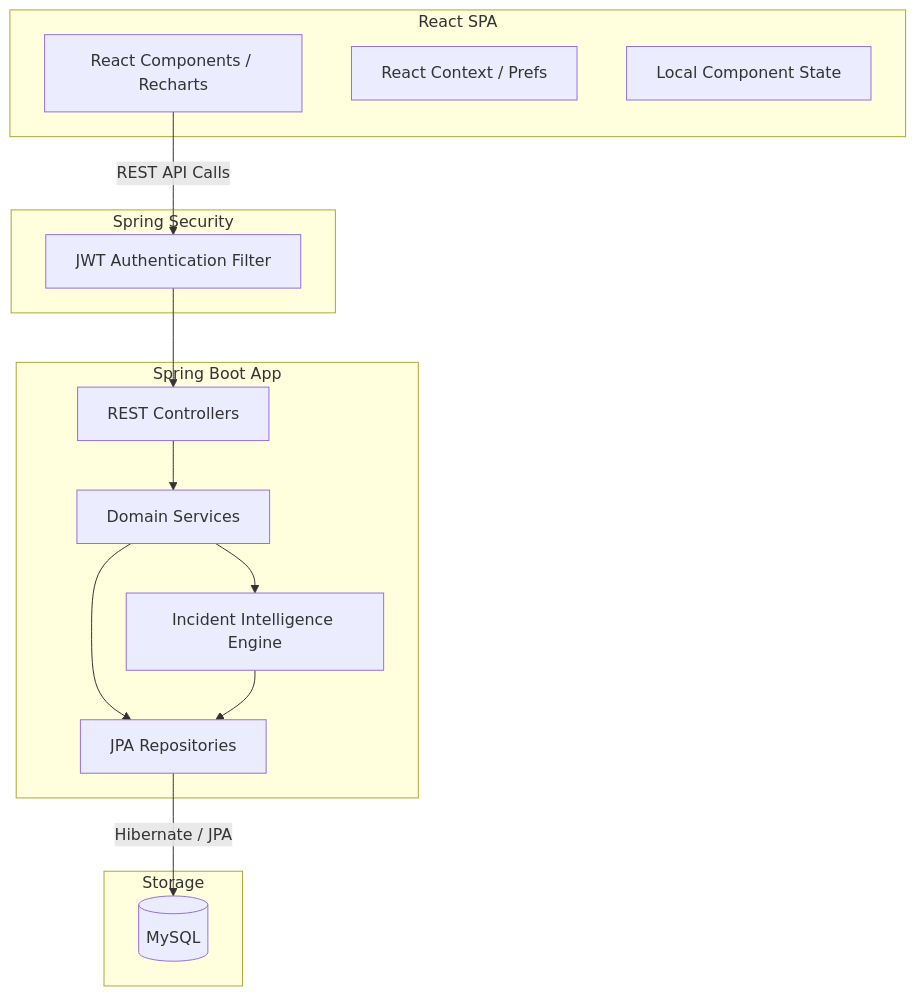
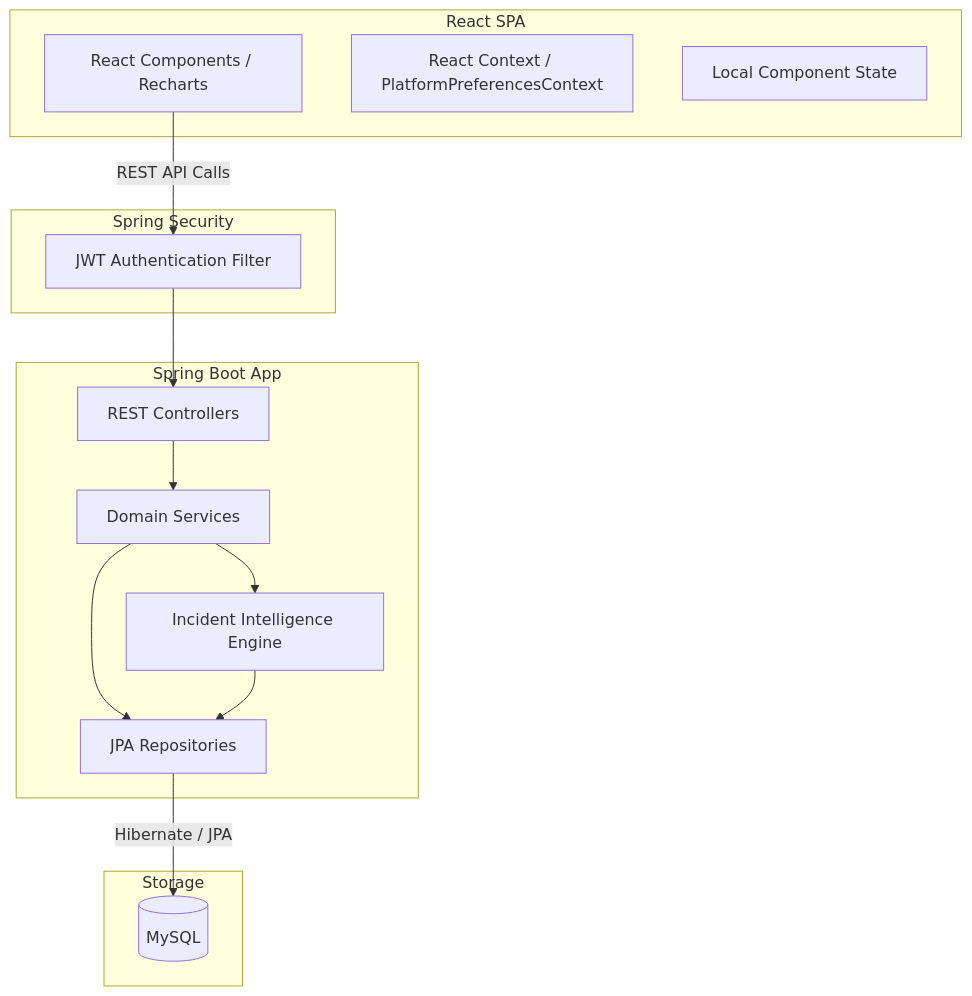
One commit to vinaykatnur/argus changed the second of 3 diagrams in README.md. Above: the diagram before and after it, drawn with Mermaid. The commit also changed other lines of this file and 10 other files, not shown here.

````diff
--- a/README.md
+++ b/README.md
@@ -81,31 +69,31 @@
 ```mermaid
 graph TD
-    subgraph Frontend [React SPA]
-        UI[React Components / Recharts]
-        Ctx[React Context / Prefs]
-        State[Local Component State]
+    subgraph Frontend ["React SPA"]
+        UI["React Components / Recharts"]
+        Ctx["React Context / PlatformPreferencesContext"]
+        State["Local Component State"]
     end
 
-    subgraph Security [Spring Security]
-        JWT[JWT Authentication Filter]
+    subgraph Security ["Spring Security"]
+        JWT["JWT Authentication Filter"]
     end
 
-    subgraph Backend [Spring Boot App]
-        Controller[REST Controllers]
-        Service[Domain Services]
-        IntellEngine[Incident Intelligence Engine]
-        Repo[JPA Repositories]
+    subgraph Backend ["Spring Boot App"]
+        Controller["REST Controllers"]
+        Service["Domain Services"]
+        IntellEngine["Incident Intelligence Engine"]
+        Repo["JPA Repositories"]
     end
 
-    subgraph Database [Storage]
-        MySQL[(MySQL)]
+    subgraph Database ["Storage"]
+        MySQL[("MySQL")]
     end
 
-    UI -->|REST API Calls| JWT
+    UI -->|"REST API Calls"| JWT
     JWT --> Controller
     Controller --> Service
     Service --> IntellEngine
     Service --> Repo
     IntellEngine --> Repo
-    Repo -->|Hibernate / JPA| MySQL
+    Repo -->|"Hibernate / JPA"| MySQL
 ```
````
